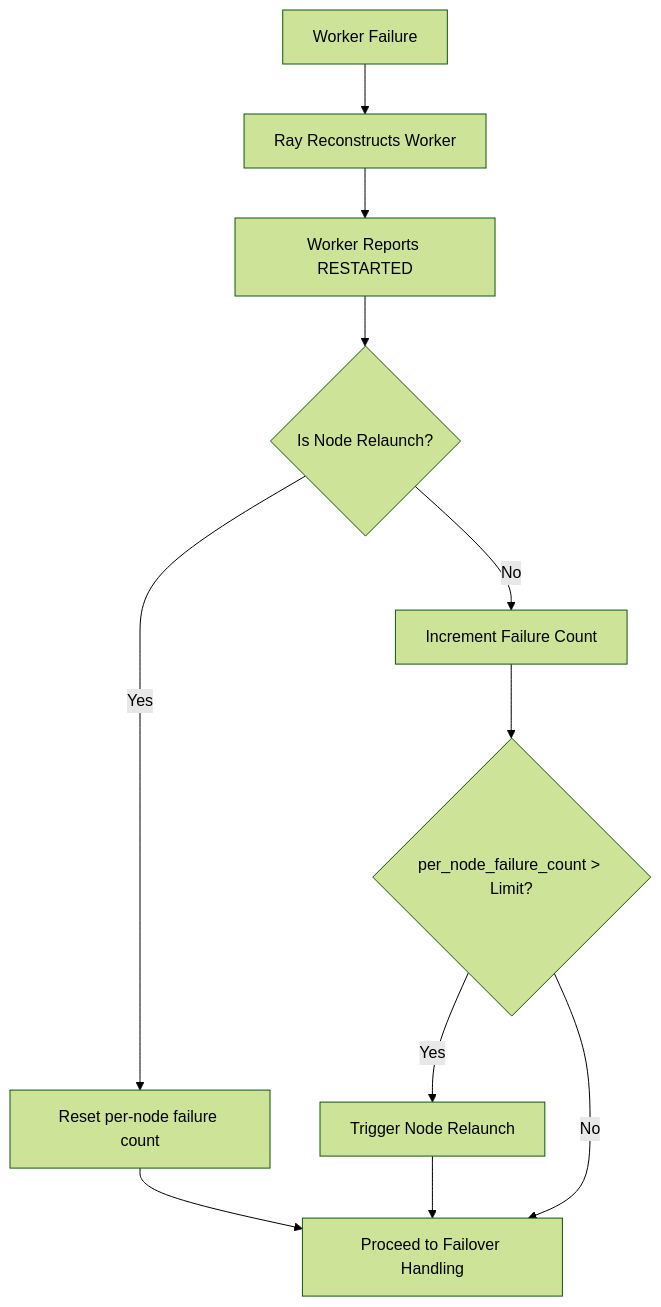
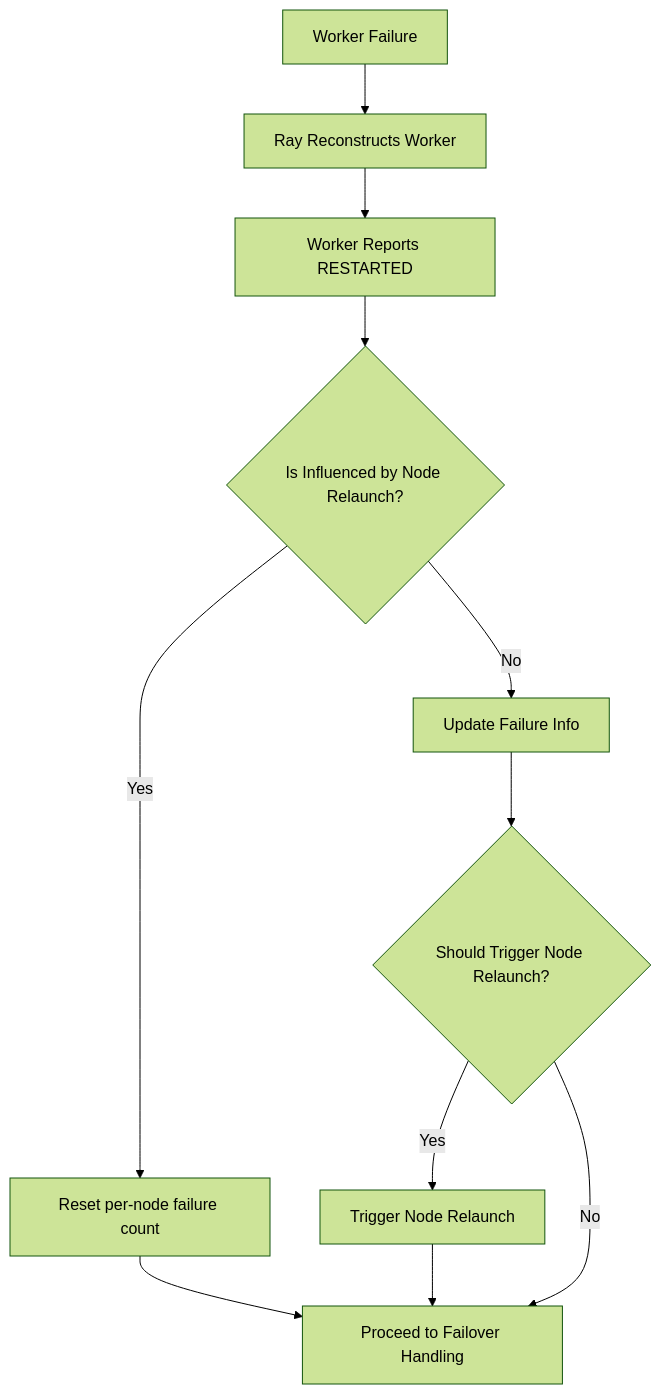
The first of 6 diagrams in docs/design/unified-failover.md (intelligent-machine-learning/dlrover), drawn with Mermaid (forest theme) before and after one commit. The commit also changed other lines of this file and 15 other files, not shown here.

````diff
--- a/docs/design/unified-failover.md
+++ b/docs/design/unified-failover.md
@@ -25,13 +31,13 @@
 ```mermaid
 flowchart TD
     A[Worker Failure] --> B[Ray Reconstructs Worker]
     B --> C[Worker Reports RESTARTED]
-    C --> D{Is Node Relaunch?}
+    C --> D{Is Influenced by Node Relaunch?}
     D -- Yes --> E[Reset per-node failure count]
     E --> K[Proceed to Failover Handling]
-    D -- No --> F[Increment Failure Count]
-    F --> G{per_node_failure_count > Limit?}
+    D -- No --> F[Update Failure Info]
+    F --> G{Should Trigger Node Relaunch?}
     G -- Yes --> H[Trigger Node Relaunch]
     H --> K
     G -- No --> K[Proceed to Failover Handling]
 ```
````
